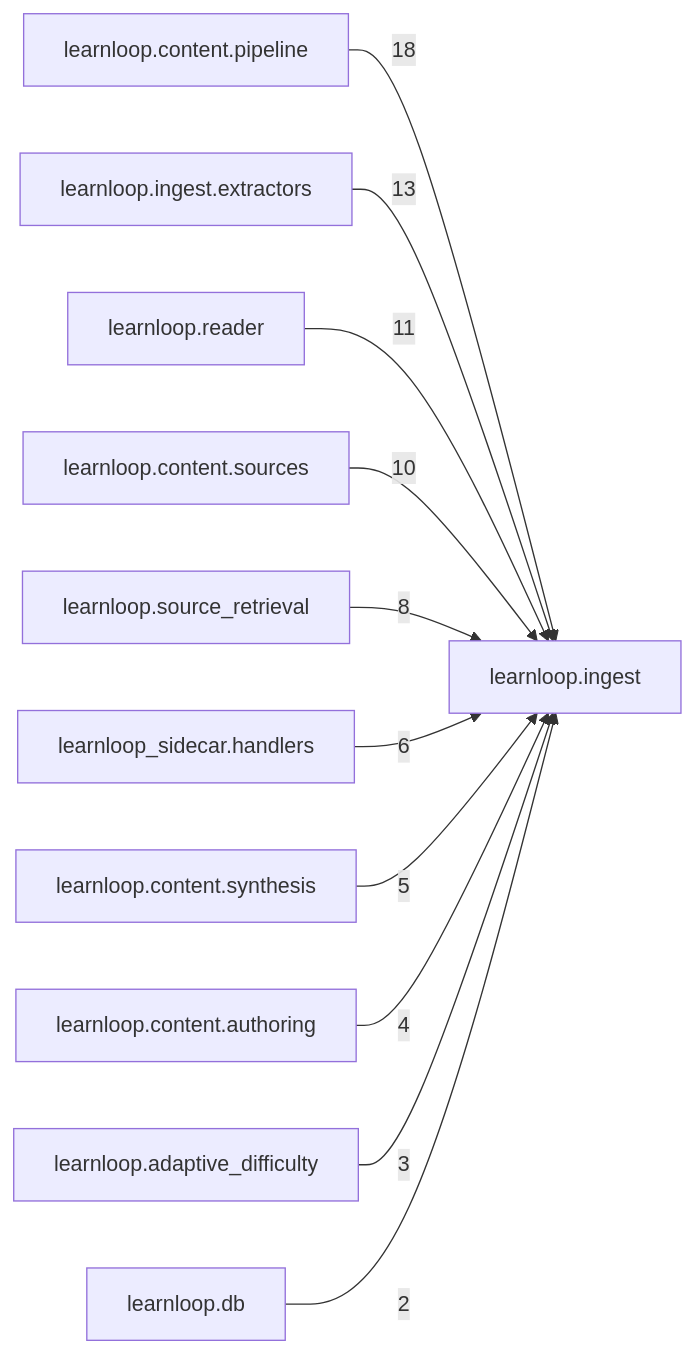
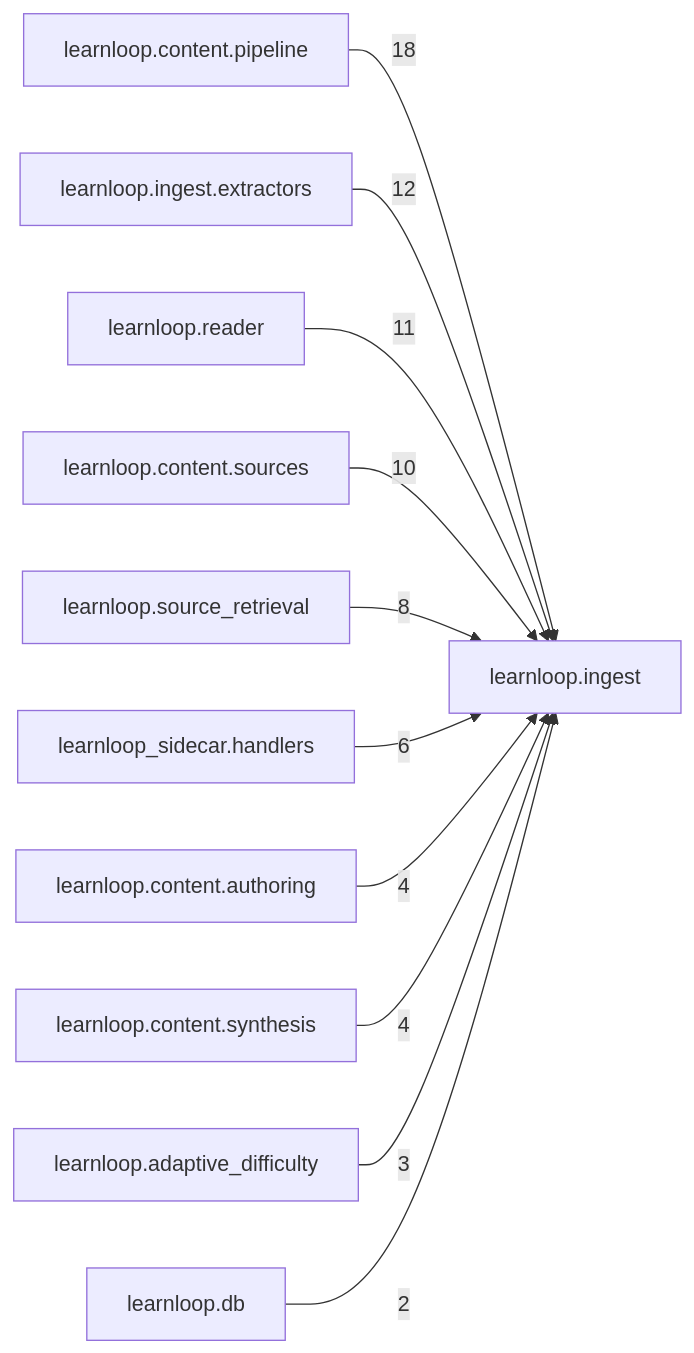
The diagram in docs/learnloop-architecture-vault/Reference/Modules/learnloop/ingest/_package.md (6up-b/learnanything), drawn with Mermaid before and after one commit. The commit also changed other lines of this file and 209 other files, not shown here.

````diff
--- a/docs/learnloop-architecture-vault/Reference/Modules/learnloop/ingest/_package.md
+++ b/docs/learnloop-architecture-vault/Reference/Modules/learnloop/ingest/_package.md
@@ -113,24 +113,24 @@
 ```mermaid
 flowchart LR
     center["learnloop.ingest"]
     n_learnloop_content_pipeline["learnloop.content.pipeline"]
     n_learnloop_ingest_extractors["learnloop.ingest.extractors"]
     n_learnloop_reader["learnloop.reader"]
     n_learnloop_content_sources["learnloop.content.sources"]
     n_learnloop_source_retrieval["learnloop.source_retrieval"]
     n_learnloop_sidecar_handlers["learnloop_sidecar.handlers"]
+    n_learnloop_content_authoring["learnloop.content.authoring"]
     n_learnloop_content_synthesis["learnloop.content.synthesis"]
-    n_learnloop_content_authoring["learnloop.content.authoring"]
     n_learnloop_adaptive_difficulty["learnloop.adaptive_difficulty"]
     n_learnloop_db["learnloop.db"]
     n_learnloop_content_pipeline -->|18| center
-    n_learnloop_ingest_extractors -->|13| center
+    n_learnloop_ingest_extractors -->|12| center
     n_learnloop_reader -->|11| center
     n_learnloop_content_sources -->|10| center
     n_learnloop_source_retrieval -->|8| center
     n_learnloop_sidecar_handlers -->|6| center
-    n_learnloop_content_synthesis -->|5| center
     n_learnloop_content_authoring -->|4| center
+    n_learnloop_content_synthesis -->|4| center
     n_learnloop_adaptive_difficulty -->|3| center
     n_learnloop_db -->|2| center
 ```
````
